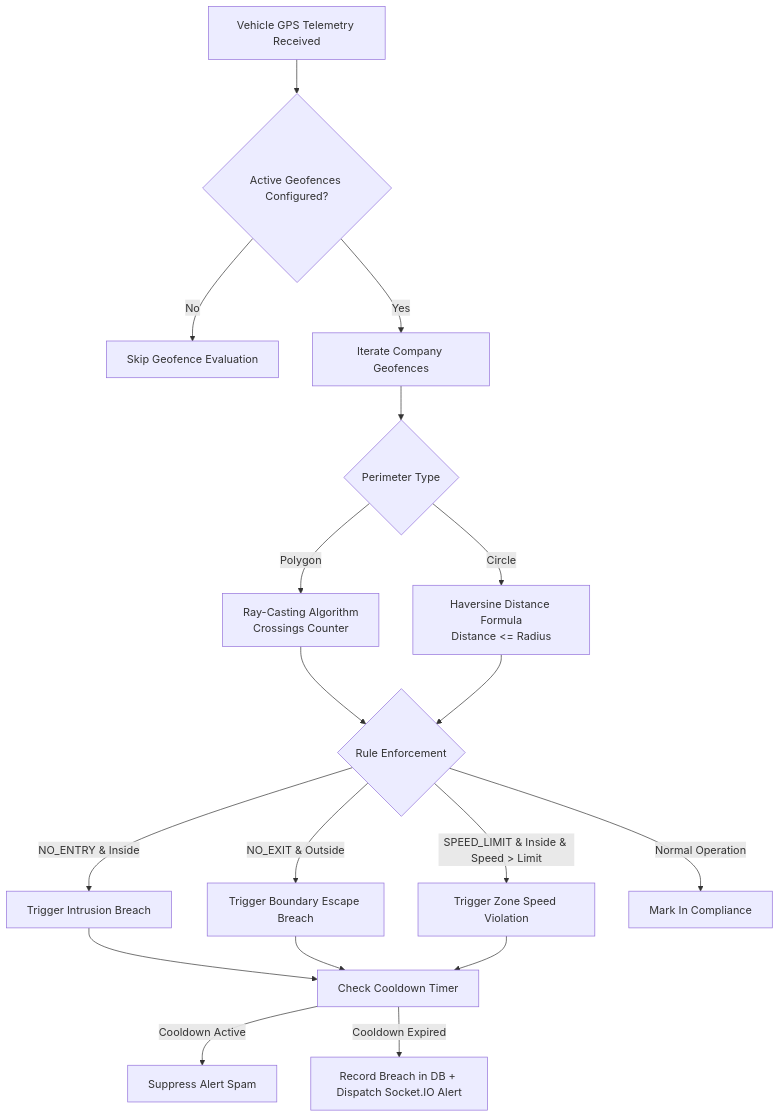
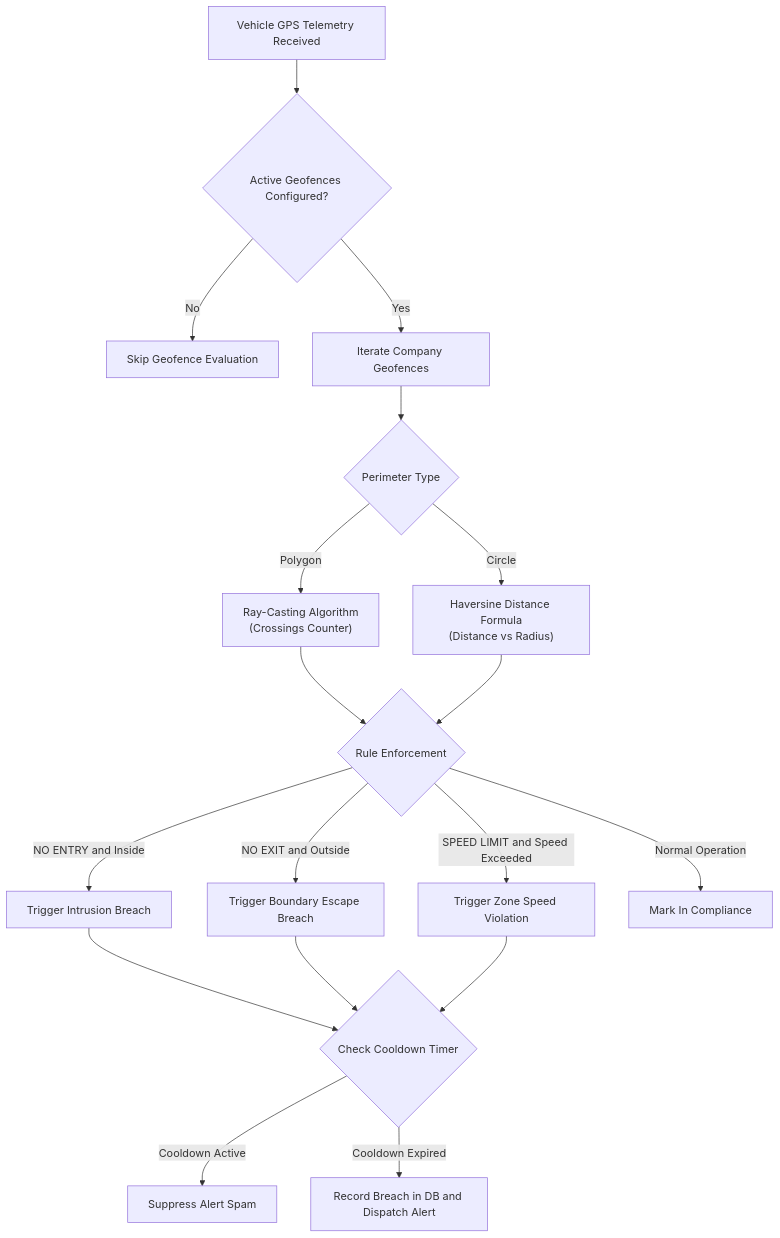
The third of 4 diagrams in README.md (rakshita1802/FleetCore), drawn with Mermaid before and after one commit. The commit also changed other lines of this file, not shown here.

Commit message:
fix: sanitize mermaid diagram syntax for clean rich display rendering

````diff
--- a/README.md
+++ b/README.md
@@ -111,25 +111,25 @@
 ```mermaid
 flowchart TD
-    A[Vehicle GPS Telemetry Received] --> B{Active Geofences Configured?}
-    B -- No --> C[Skip Geofence Evaluation]
-    B -- Yes --> D[Iterate Company Geofences]
-    D --> E{Perimeter Type}
+    A["Vehicle GPS Telemetry Received"] --> B{"Active Geofences Configured?"}
+    B -->|No| C["Skip Geofence Evaluation"]
+    B -->|Yes| D["Iterate Company Geofences"]
+    D --> E{"Perimeter Type"}
     
-    E -- Polygon --> F[Ray-Casting Algorithm<br/>Crossings Counter]
-    E -- Circle --> G[Haversine Distance Formula<br/>Distance <= Radius]
+    E -->|Polygon| F["Ray-Casting Algorithm<br/>(Crossings Counter)"]
+    E -->|Circle| G["Haversine Distance Formula<br/>(Distance vs Radius)"]
     
-    F --> H{Rule Enforcement}
+    F --> H{"Rule Enforcement"}
     G --> H
     
-    H -- NO_ENTRY & Inside --> I[Trigger Intrusion Breach]
-    H -- NO_EXIT & Outside --> J[Trigger Boundary Escape Breach]
-    H -- SPEED_LIMIT & Inside & Speed > Limit --> K[Trigger Zone Speed Violation]
-    H -- Normal Operation --> L[Mark In Compliance]
+    H -->|NO ENTRY and Inside| I["Trigger Intrusion Breach"]
+    H -->|NO EXIT and Outside| J["Trigger Boundary Escape Breach"]
+    H -->|SPEED LIMIT and Speed Exceeded| K["Trigger Zone Speed Violation"]
+    H -->|Normal Operation| L["Mark In Compliance"]
     
-    I --> M[Check Cooldown Timer]
+    I --> M{"Check Cooldown Timer"}
     J --> M
     K --> M
     
-    M -- Cooldown Active --> N[Suppress Alert Spam]
-    M -- Cooldown Expired --> O[Record Breach in DB + Dispatch Socket.IO Alert]
+    M -->|Cooldown Active| N["Suppress Alert Spam"]
+    M -->|Cooldown Expired| O["Record Breach in DB and Dispatch Alert"]
 ```
````
